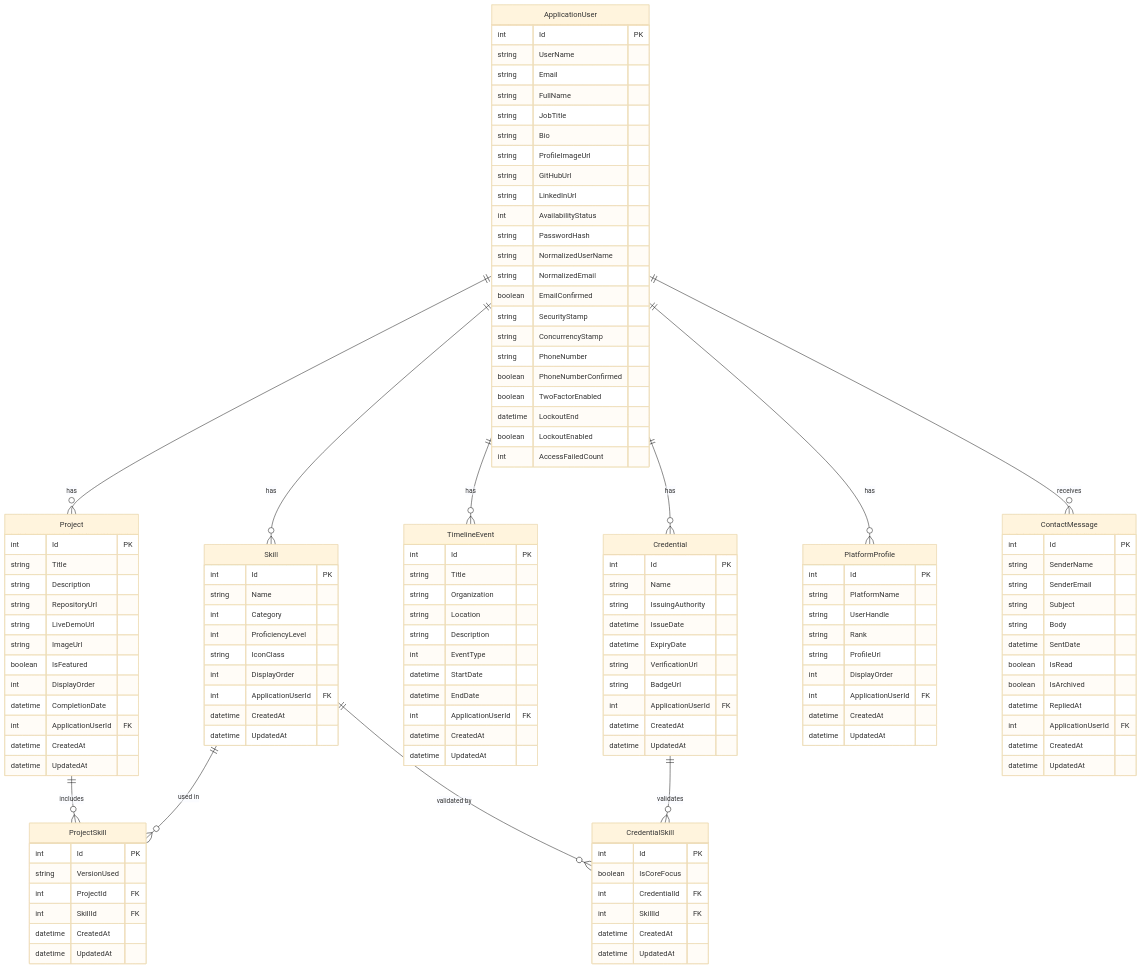
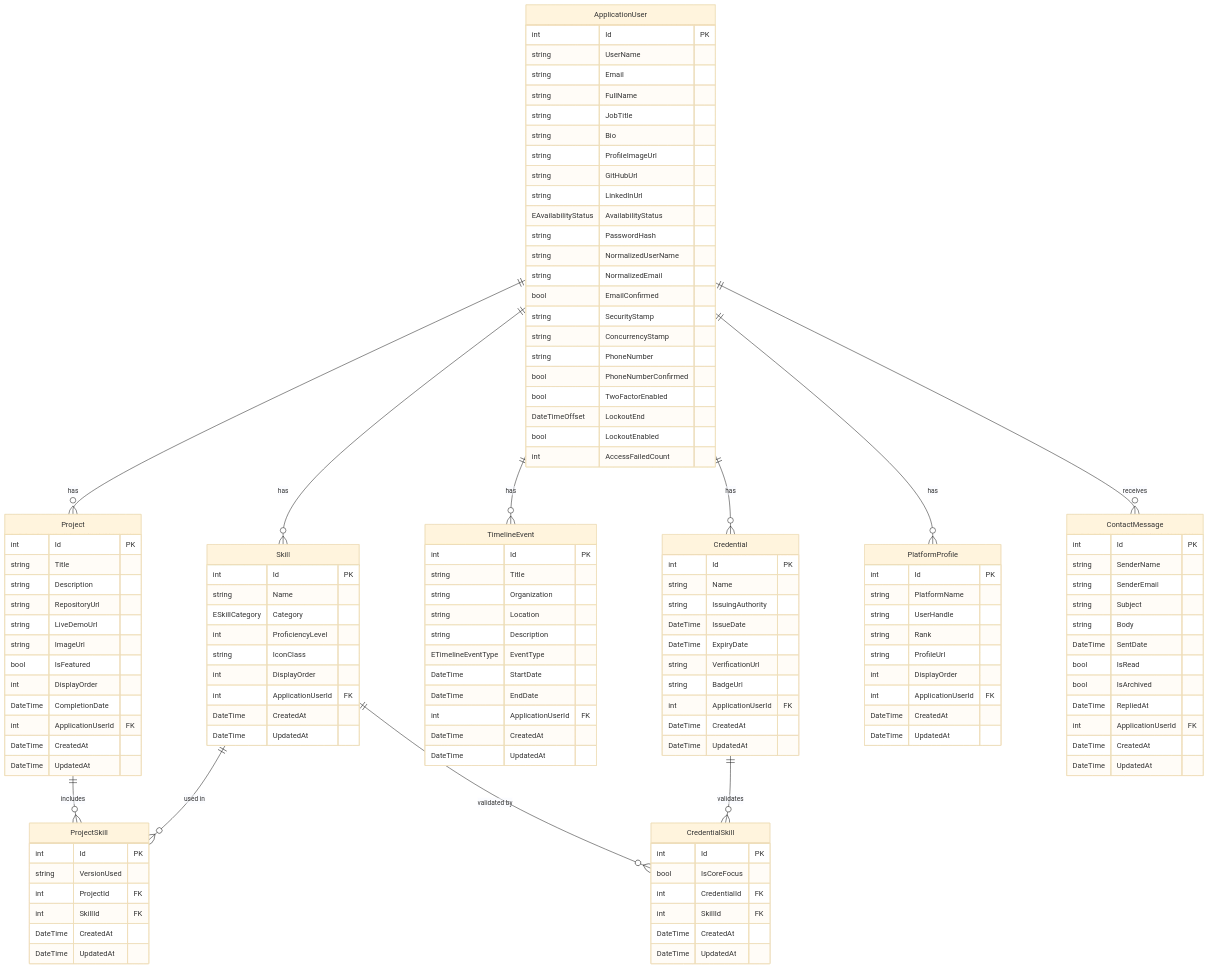
The diagram in README.md (YousefKurchaloy/Portfol.io), drawn with Mermaid (base theme) before and after one commit.

Commit message:
Updated Diagram in README.md

```diff
--- a/README.md
+++ b/README.md
@@ -39,18 +39,18 @@
         string ProfileImageUrl
         string GitHubUrl
         string LinkedInUrl
-        int AvailabilityStatus
+        EAvailabilityStatus AvailabilityStatus
         string PasswordHash
         string NormalizedUserName
         string NormalizedEmail
-        boolean EmailConfirmed
+        bool EmailConfirmed
         string SecurityStamp
         string ConcurrencyStamp
         string PhoneNumber
-        boolean PhoneNumberConfirmed
-        boolean TwoFactorEnabled
-        datetime LockoutEnd
-        boolean LockoutEnabled
+        bool PhoneNumberConfirmed
+        bool TwoFactorEnabled
+        DateTimeOffset LockoutEnd
+        bool LockoutEnabled
         int AccessFailedCount
     }
 
@@ -61,24 +61,24 @@
         string RepositoryUrl
         string LiveDemoUrl
         string ImageUrl
-        boolean IsFeatured
+        bool IsFeatured
         int DisplayOrder
-        datetime CompletionDate
+        DateTime CompletionDate
         int ApplicationUserId FK
-        datetime CreatedAt
-        datetime UpdatedAt
+        DateTime CreatedAt
+        DateTime UpdatedAt
     }
 
     Skill {
         int Id PK
         string Name
-        int Category
+        ESkillCategory Category
         int ProficiencyLevel
         string IconClass
         int DisplayOrder
         int ApplicationUserId FK
-        datetime CreatedAt
-        datetime UpdatedAt
+        DateTime CreatedAt
+        DateTime UpdatedAt
     }
 
     TimelineEvent {
@@ -87,25 +87,25 @@
         string Organization
         string Location
         string Description
-        int EventType
-        datetime StartDate
-        datetime EndDate
+        ETimelineEventType EventType
+        DateTime StartDate
+        DateTime EndDate
         int ApplicationUserId FK
-        datetime CreatedAt
-        datetime UpdatedAt
+        DateTime CreatedAt
+        DateTime UpdatedAt
     }
 
     Credential {
         int Id PK
         string Name
         string IssuingAuthority
-        datetime IssueDate
-        datetime ExpiryDate
+        DateTime IssueDate
+        DateTime ExpiryDate
         string VerificationUrl
         string BadgeUrl
         int ApplicationUserId FK
-        datetime CreatedAt
-        datetime UpdatedAt
+        DateTime CreatedAt
+        DateTime UpdatedAt
     }
 
     PlatformProfile {
@@ -116,8 +116,8 @@
         string ProfileUrl
         int DisplayOrder
         int ApplicationUserId FK
-        datetime CreatedAt
-        datetime UpdatedAt
+        DateTime CreatedAt
+        DateTime UpdatedAt
     }
 
     ContactMessage {
@@ -126,13 +126,13 @@
         string SenderEmail
         string Subject
         string Body
-        datetime SentDate
-        boolean IsRead
-        boolean IsArchived
-        datetime RepliedAt
+        DateTime SentDate
+        bool IsRead
+        bool IsArchived
+        DateTime RepliedAt
         int ApplicationUserId FK
-        datetime CreatedAt
-        datetime UpdatedAt
+        DateTime CreatedAt
+        DateTime UpdatedAt
     }
 
     ProjectSkill {
@@ -140,17 +140,17 @@
         string VersionUsed
         int ProjectId FK
         int SkillId FK
-        datetime CreatedAt
-        datetime UpdatedAt
+        DateTime CreatedAt
+        DateTime UpdatedAt
     }
 
     CredentialSkill {
         int Id PK
-        boolean IsCoreFocus
+        bool IsCoreFocus
         int CredentialId FK
         int SkillId FK
-        datetime CreatedAt
-        datetime UpdatedAt
+        DateTime CreatedAt
+        DateTime UpdatedAt
     }
 
     %% Relationships
```
